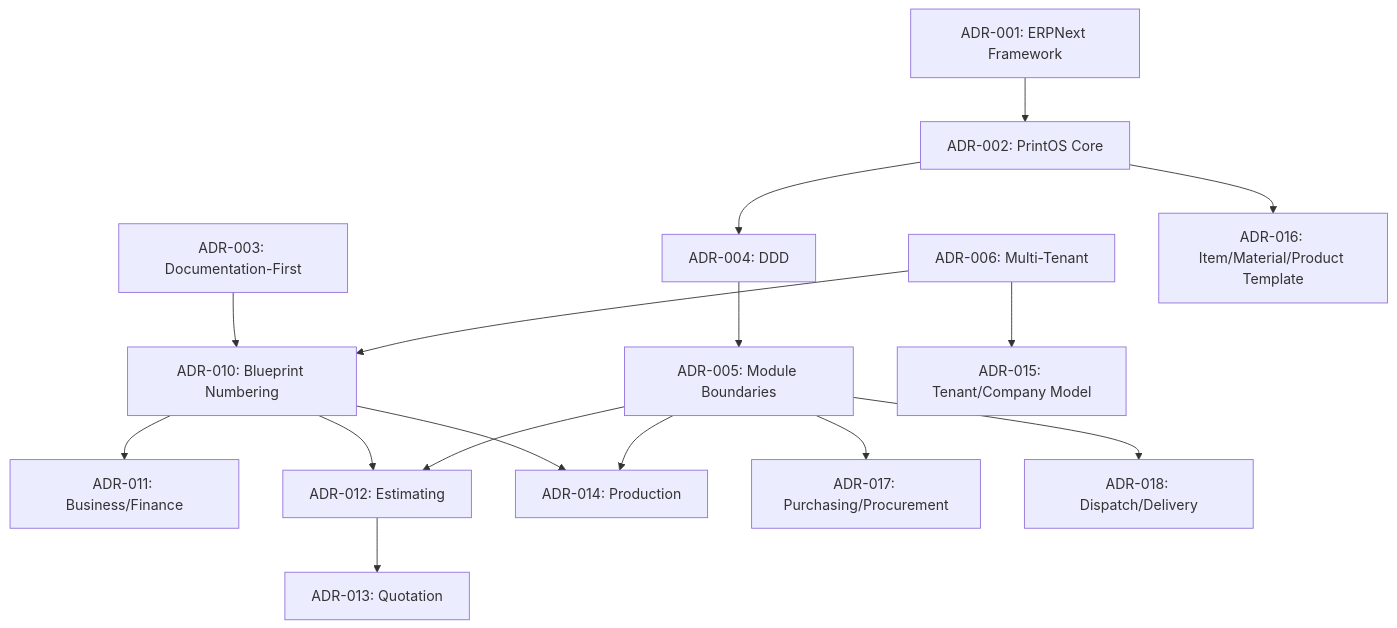
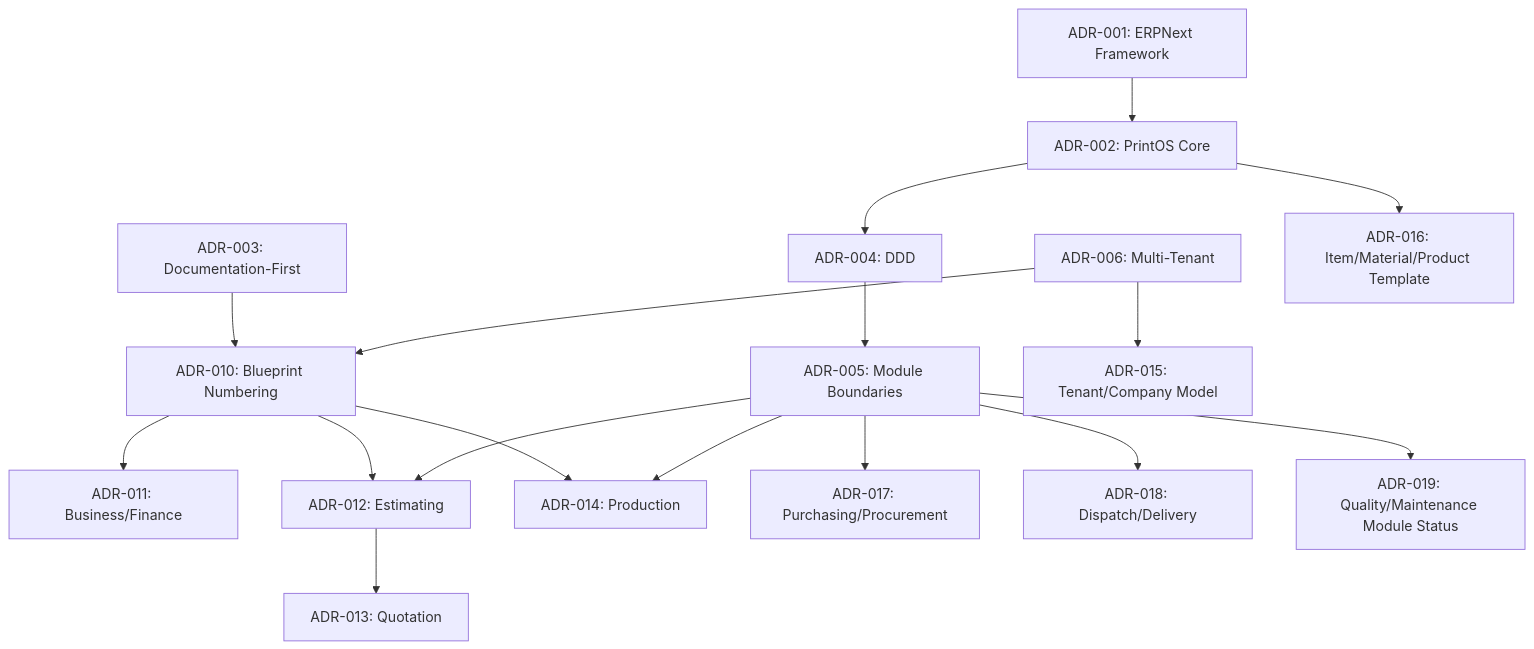
One commit to ganapathyvijai/printos changed the diagram in docs/decisions/00_ADR_Index.md. Above: the diagram before and after it, drawn with Mermaid. The commit also changed other lines of this file and 12 other files, not shown here.

Commit message:
docs: resolve AR-009 quality module status

````diff
--- a/docs/decisions/00_ADR_Index.md
+++ b/docs/decisions/00_ADR_Index.md
@@ -56,18 +57,19 @@
 ```mermaid
 flowchart TB
     ADR001["ADR-001: ERPNext Framework"] --> ADR002["ADR-002: PrintOS Core"]
     ADR002 --> ADR004["ADR-004: DDD"]
     ADR004 --> ADR005["ADR-005: Module Boundaries"]
     ADR003["ADR-003: Documentation-First"] --> ADR010["ADR-010: Blueprint Numbering"]
     ADR010 --> ADR011["ADR-011: Business/Finance"]
     ADR010 --> ADR012["ADR-012: Estimating"]
     ADR010 --> ADR014["ADR-014: Production"]
     ADR012 --> ADR013["ADR-013: Quotation"]
     ADR005 --> ADR012
     ADR005 --> ADR014
     ADR006["ADR-006: Multi-Tenant"] --> ADR010
     ADR006 --> ADR015["ADR-015: Tenant/Company Model"]
     ADR002 --> ADR016["ADR-016: Item/Material/Product Template"]
     ADR005 --> ADR017["ADR-017: Purchasing/Procurement"]
     ADR005 --> ADR018["ADR-018: Dispatch/Delivery"]
+    ADR005 --> ADR019["ADR-019: Quality/Maintenance Module Status"]
 ```
````
